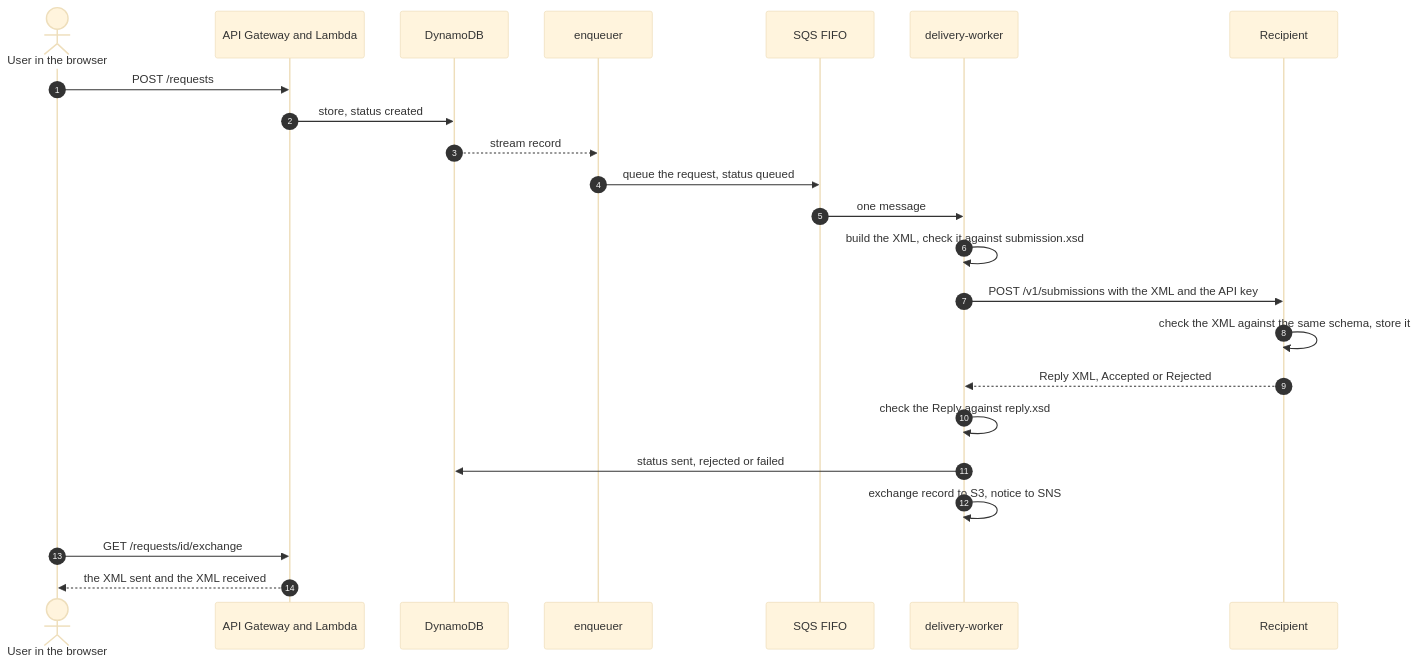
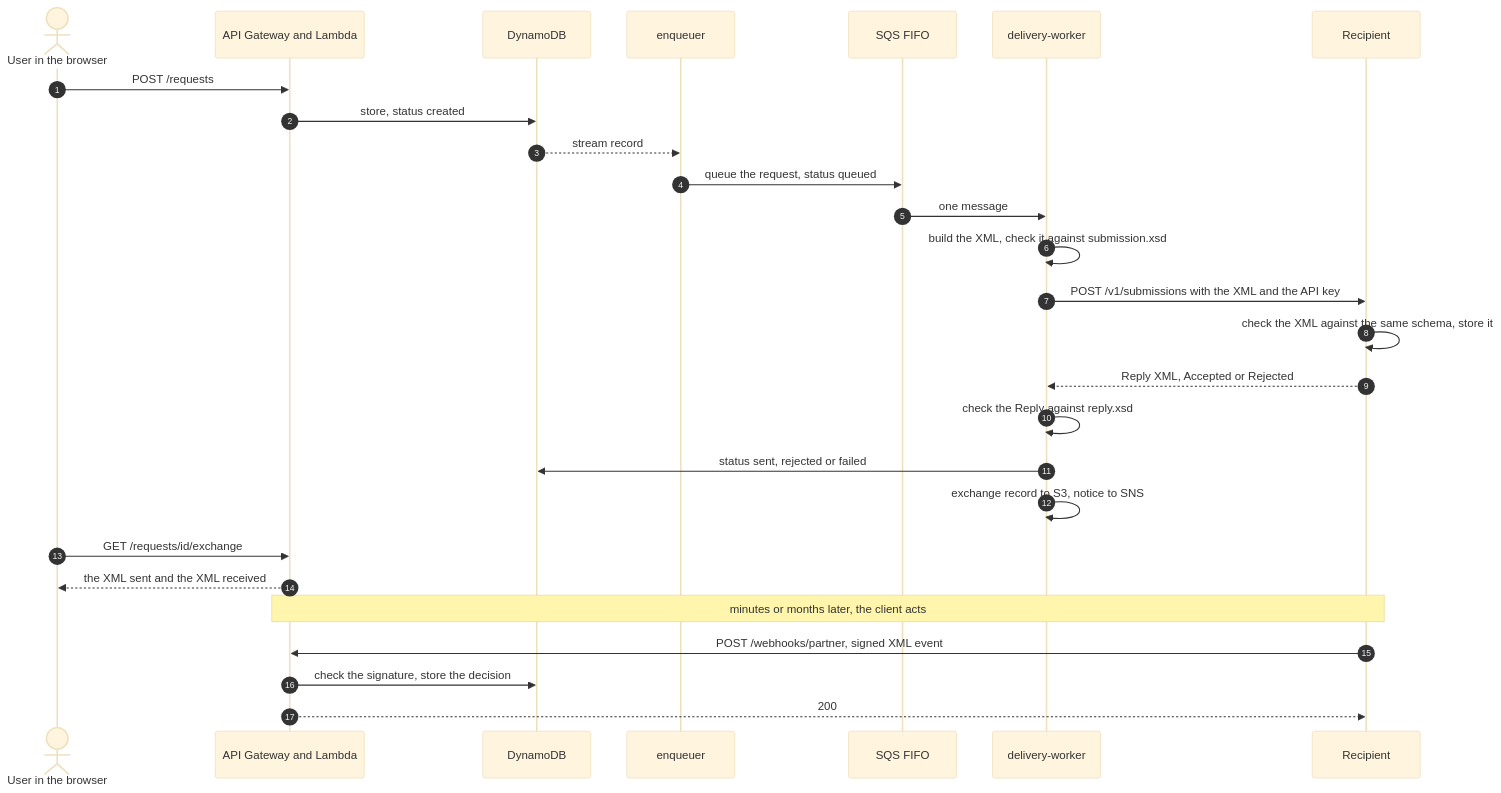
One commit to Shlykoff/aws-starter changed the second of 2 diagrams in README.md. Above: the diagram before and after it, drawn with Mermaid (base theme). The commit also changed other lines of this file and 70 other files, not shown here.

````diff
--- a/README.md
+++ b/README.md
@@ -44,25 +47,29 @@
 ```mermaid
 sequenceDiagram
   autonumber
   actor U as User in the browser
   participant A as API Gateway and Lambda
   participant T as DynamoDB
   participant E as enqueuer
   participant Q as SQS FIFO
   participant W as delivery-worker
   participant R as Recipient
   U->>A: POST /requests
   A->>T: store, status created
   T-->>E: stream record
   E->>Q: queue the request, status queued
   Q->>W: one message
   W->>W: build the XML, check it against submission.xsd
   W->>R: POST /v1/submissions with the XML and the API key
   R->>R: check the XML against the same schema, store it
   R-->>W: Reply XML, Accepted or Rejected
   W->>W: check the Reply against reply.xsd
   W->>T: status sent, rejected or failed
   W->>W: exchange record to S3, notice to SNS
   U->>A: GET /requests/id/exchange
   A-->>U: the XML sent and the XML received
+  Note over R,A: minutes or months later, the client acts
+  R->>A: POST /webhooks/partner, signed XML event
+  A->>T: check the signature, store the decision
+  A-->>R: 200
 ```
````
